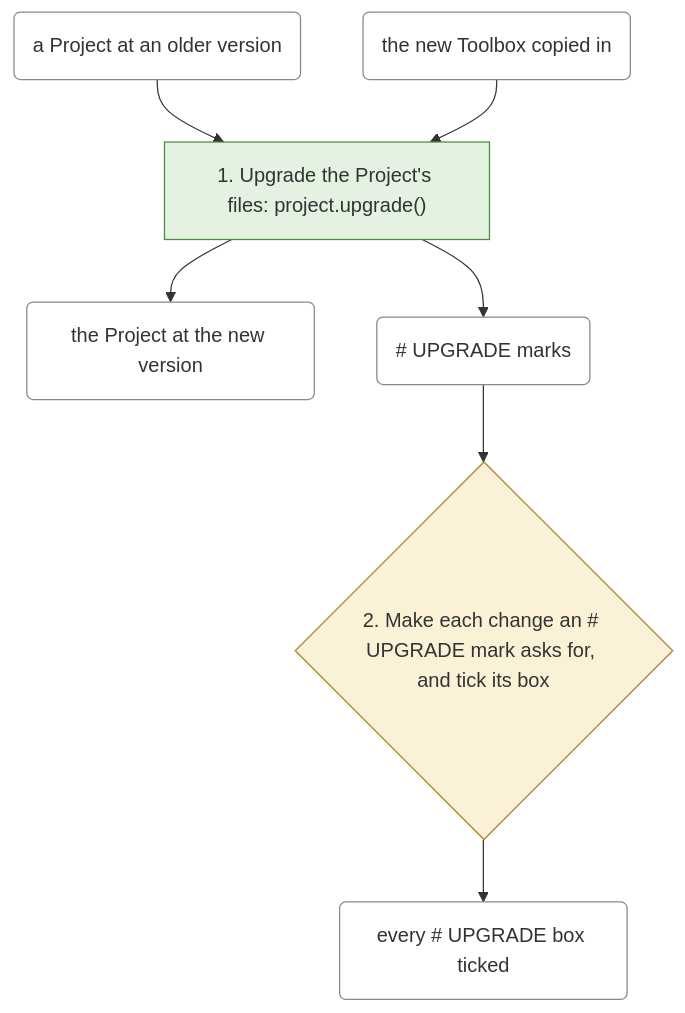
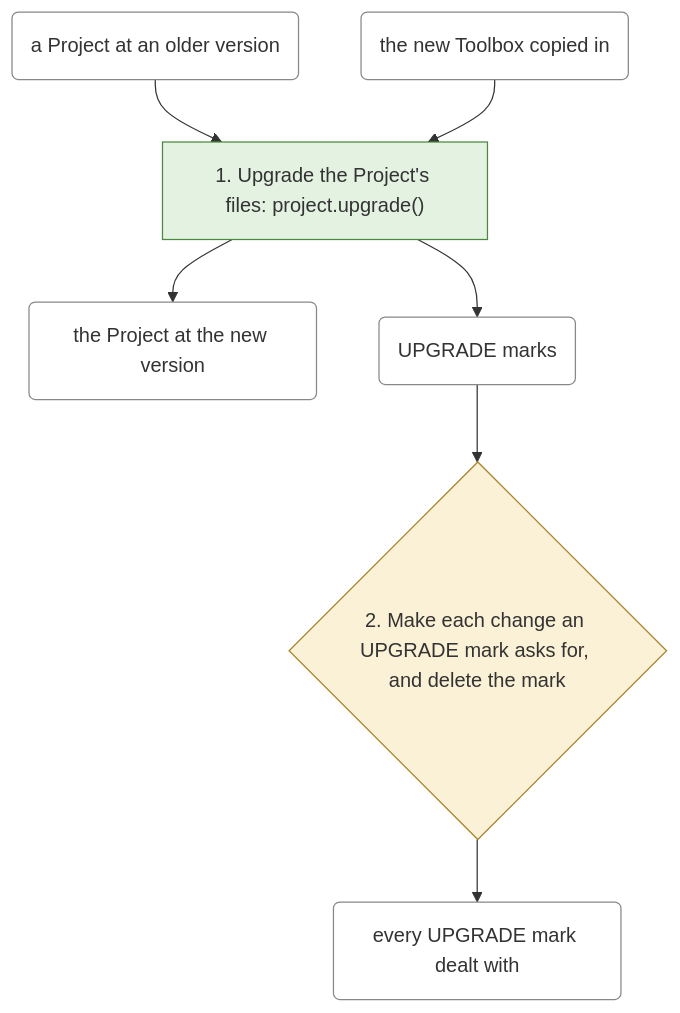
One commit to EdgyPage/SQL-Composer changed the fifth of 6 diagrams in docs/workflows.md. Above: the diagram before and after it, drawn with Mermaid. The commit also changed other lines of this file and 48 other files, not shown here.

First line of the commit message:
feat(8.0): ticket 19 finished: scripts each a query alone, charts a beginner reads, scores, D360 D361

````diff
--- a/docs/workflows.md
+++ b/docs/workflows.md
@@ -248,28 +193,19 @@
 ```mermaid
 flowchart TD
-    s0["1. Upgrade the Project's files: project.upgrade()"]
-    class s0 file
+    s0["1. Upgrade the Project's files: project.upgrade()"]:::files_only
+    s1{"2. Make each change an UPGRADE mark asks for, and delete the mark"}:::your_decision
+    t0("a Project at an older version"):::thing
+    t1("the new Toolbox copied in"):::thing
+    t2("the Project at the new version"):::thing
+    t3("UPGRADE marks"):::thing
+    t4("every UPGRADE mark dealt with"):::thing
     t0 --> s0
     t1 --> s0
     s0 --> t2
     s0 --> t3
-    s1{"2. Make each change an #35; UPGRADE mark asks for, and tick its box"}
-    class s1 decision
     t3 --> s1
     s1 --> t4
-    t0("a Project at an older version")
-    class t0 thing
-    t1("the new Toolbox copied in")
-    class t1 thing
-    t2("the Project at the new version")
-    class t2 thing
-    t3("#35; UPGRADE marks")
-    class t3 thing
-    t4("every #35; UPGRADE box ticked")
-    class t4 thing
-    classDef file fill:#e3f2e1,stroke:#4a8a3f
-    classDef permission fill:#e1ecf7,stroke:#3f6a9a
-    classDef decision fill:#fbf1d6,stroke:#a8842a
-    classDef fiddling fill:#f8d7d5,stroke:#b03a30
+    classDef files_only fill:#e3f2e1,stroke:#4a8a3f
+    classDef your_decision fill:#fbf1d6,stroke:#a8842a
     classDef thing fill:#ffffff,stroke:#888888
 ```
````
